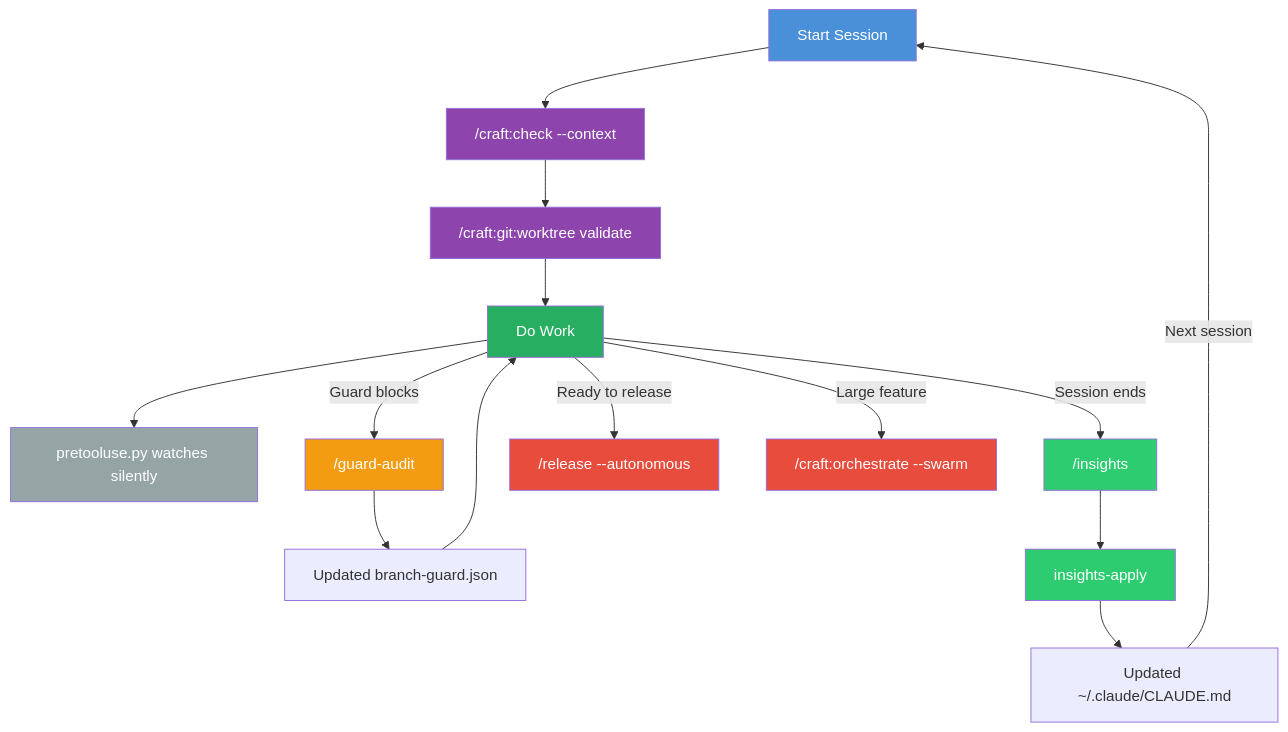
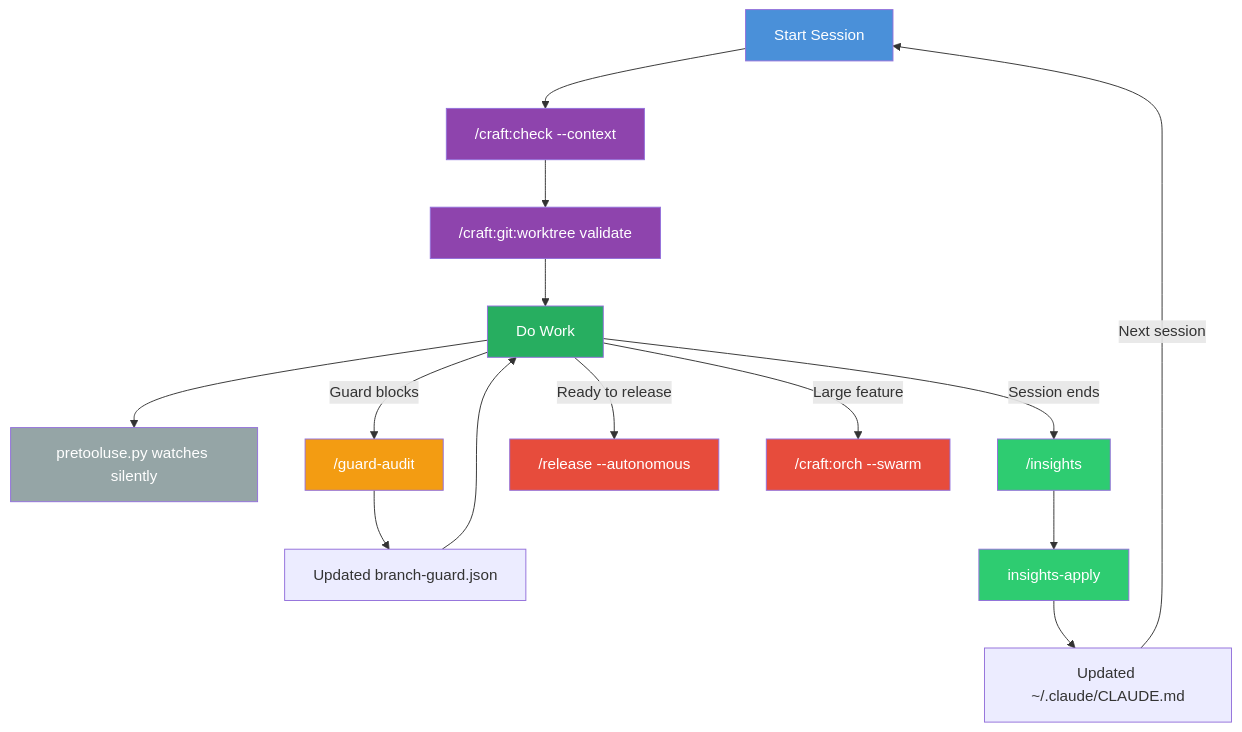
One commit to Data-Wise/craft changed the second of 2 diagrams in docs/tutorials/TUTORIAL-insights-workflow.md. Above: the diagram before and after it, drawn with Mermaid. The commit also changed other lines of this file and 98 other files, not shown here.

````diff
--- a/docs/tutorials/TUTORIAL-insights-workflow.md
+++ b/docs/tutorials/TUTORIAL-insights-workflow.md
@@ -409,31 +409,31 @@
 ```mermaid
 flowchart TD
     Session["Start Session"] --> Context["/craft:check --context"]
     Context --> Validate["/craft:git:worktree validate"]
 
     Validate --> Work["Do Work"]
     Work --> Hook["pretooluse.py watches silently"]
 
     Work -->|Guard blocks| Audit["/guard-audit"]
     Audit --> Config["Updated branch-guard.json"]
     Config --> Work
 
     Work -->|Session ends| Insights["/insights"]
     Insights --> Apply["insights-apply"]
     Apply --> CLAUDE["Updated ~/.claude/CLAUDE.md"]
     CLAUDE -->|Next session| Session
 
     Work -->|Ready to release| Release["/release --autonomous"]
-    Work -->|Large feature| Swarm["/craft:orchestrate --swarm"]
+    Work -->|Large feature| Swarm["/craft:orch --swarm"]
 
     style Session fill:#4A90D9,color:#fff
     style Context fill:#8E44AD,color:#fff
     style Validate fill:#8E44AD,color:#fff
     style Work fill:#27AE60,color:#fff
     style Hook fill:#95A5A6,color:#fff
     style Audit fill:#F39C12,color:#fff
     style Insights fill:#2ECC71,color:#fff
     style Apply fill:#2ECC71,color:#fff
     style Release fill:#E74C3C,color:#fff
     style Swarm fill:#E74C3C,color:#fff
 ```
````
